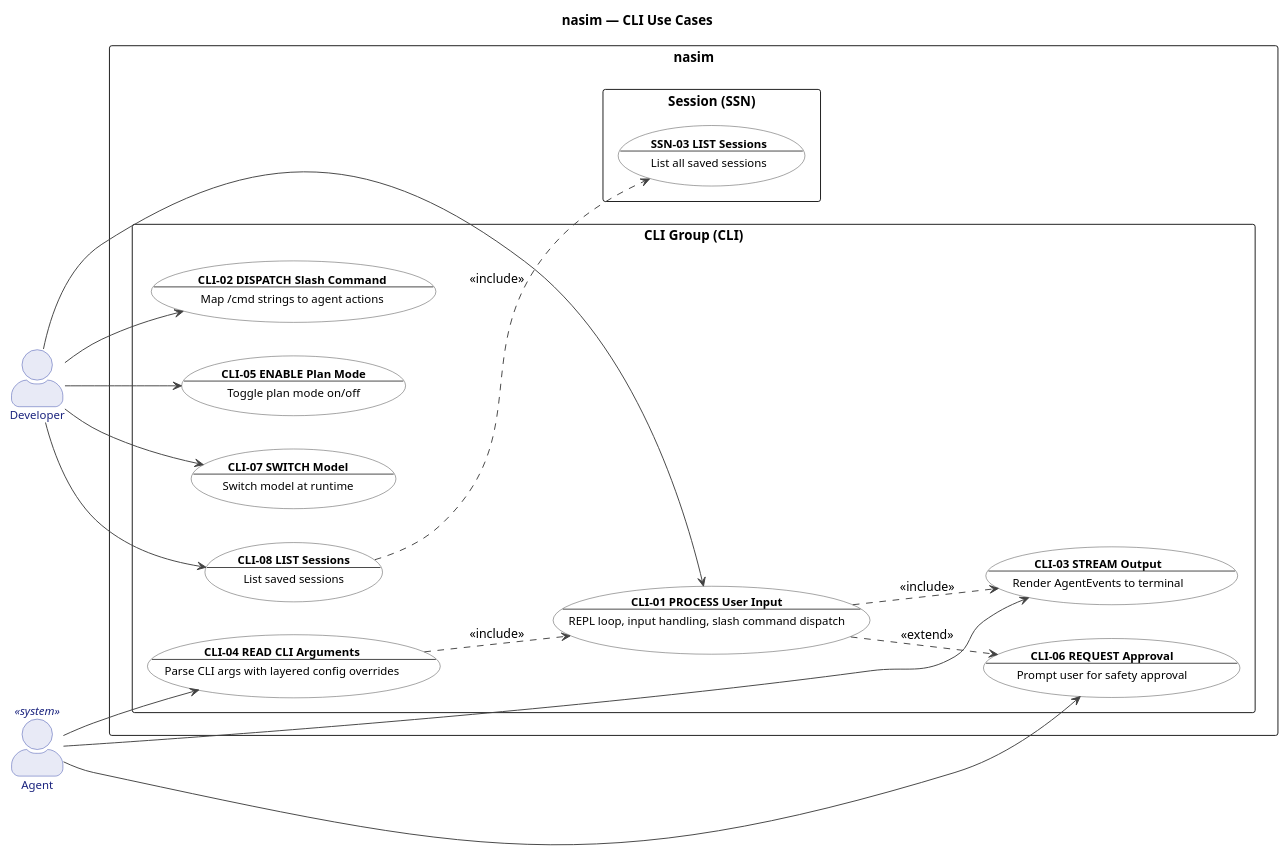
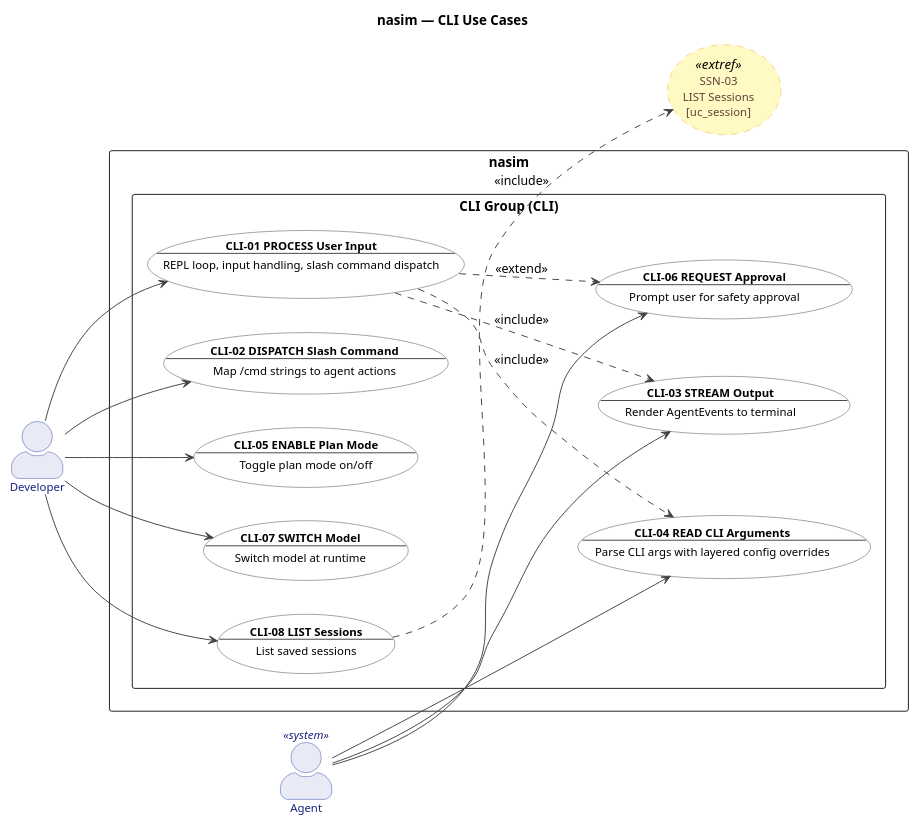
Before and after one commit to salimnamvar/nasim: the tenth of 22 diagrams in UC.md, drawn with PlantUML. The commit also changed other lines of this file and 5 other files, not shown here.

First line of the commit message:
docs: Refactor state machine and use case diagrams for clarity and consistency

```diff
--- a/UC.md
+++ b/UC.md
@@ -954,7 +958,7 @@
 ' Boundary:  nasim code agent
 ' Purpose:   REPL, argument parsing, slash commands, rich rendering
 ' Milestone: v1.0
-' Version:   6.0.0
+' Version:   7.0.0
 ' Source:    docs/ENTITIES.md
 ' Review:    docs/audit/audit.2026.06.20.uc-layer.car.md
 ' ============================================================
@@ -981,12 +985,25 @@
   FontSize 12
 }
 
+skinparam usecase<<extref>> {
+  BackgroundColor #FFF9C4
+  BorderColor #F9A825
+  FontColor #5D4037
+  BorderStyle dashed
+}
+
 ' ============================================================
 ' Actors
 ' ============================================================
 
 actor "Developer" as Developer
 actor "Agent" as Agent <<system>>
+
+' ============================================================
+' Cross-Group External References
+' ============================================================
+
+usecase "SSN-03\nLIST Sessions\n[uc_session]" as SSN03_ext <<extref>>
 
 ' ============================================================
 ' System Boundary
@@ -1002,10 +1019,6 @@
     usecase "**CLI-06 REQUEST Approval**\n--\nPrompt user for safety approval" as CLI06
     usecase "**CLI-07 SWITCH Model**\n--\nSwitch model at runtime" as CLI07
     usecase "**CLI-08 LIST Sessions**\n--\nList saved sessions" as CLI08
-  }
-
-  package "Session (SSN)" {
-    usecase "**SSN-03 LIST Sessions**\n--\nList all saved sessions" as SSN03
   }
 }
 
@@ -1027,8 +1040,8 @@
 ' ============================================================
 
 CLI01 ..> CLI03 : <<include>>
-CLI04 ..> CLI01 : <<include>>
+CLI01 ..> CLI04 : <<include>>
 CLI01 ..> CLI06 : <<extend>>
-CLI08 ..> SSN03 : <<include>>
+CLI08 ..> SSN03_ext : <<include>>
 
 @enduml
```
